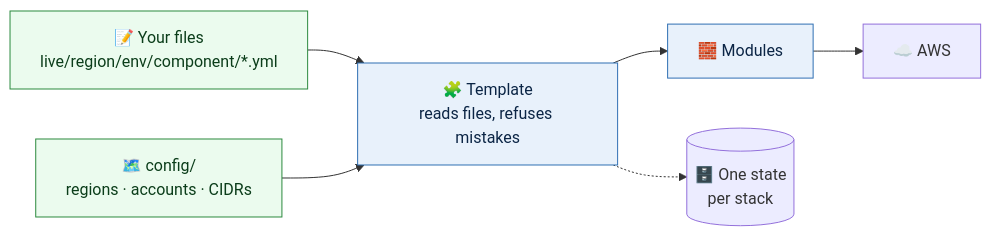
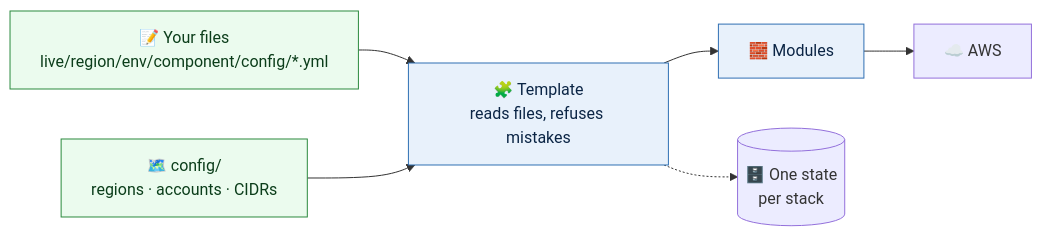
One commit to justin-samuel12/terraform-aws-scaffold changed the second of 5 diagrams in README.md. Above: the diagram before and after it, drawn with Mermaid. The commit also changed other lines of this file and 978 other files, not shown here.

````diff
--- a/README.md
+++ b/README.md
@@ -55,19 +55,19 @@
 ```mermaid
 flowchart LR
-  yml["📝 Your files<br/>live/region/env/component/*.yml"]
+  yml["📝 Your files<br/>live/region/env/component/config/*.yml"]
   cfg["🗺️ config/<br/>regions · accounts · CIDRs"]
   tpl["🧩 Template<br/>reads files, refuses mistakes"]
   mod["🧱 Modules"]
   aws["☁️ AWS"]
   st[("🗄️ One state<br/>per stack")]
 
   yml --> tpl
   cfg --> tpl
   tpl --> mod --> aws
   tpl -.-> st
 
   classDef you fill:#ebfbee,stroke:#2b8a3e,color:#0b3d1a
   classDef code fill:#e8f1fb,stroke:#2f6fb3,color:#0b2545
   class yml,cfg you
   class tpl,mod code
 ```
````
